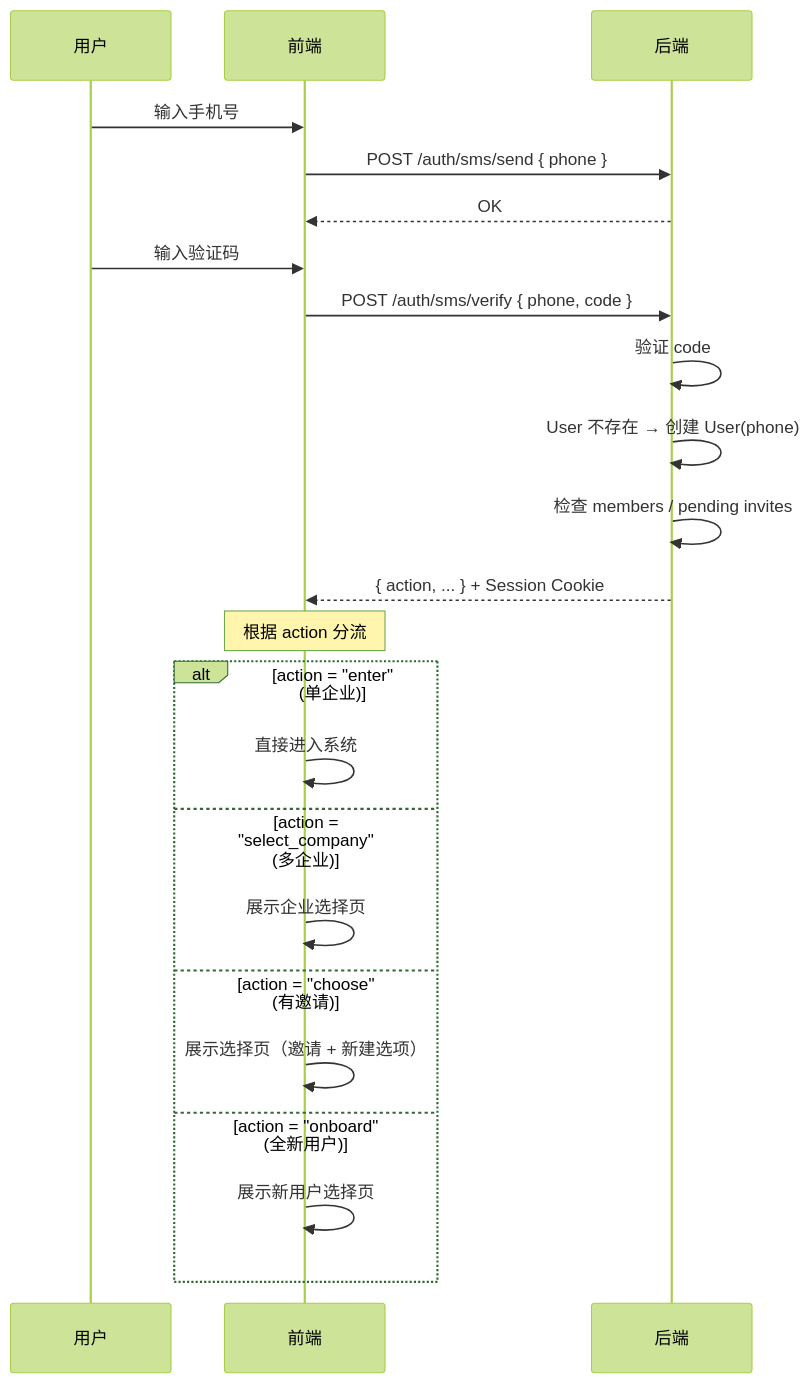
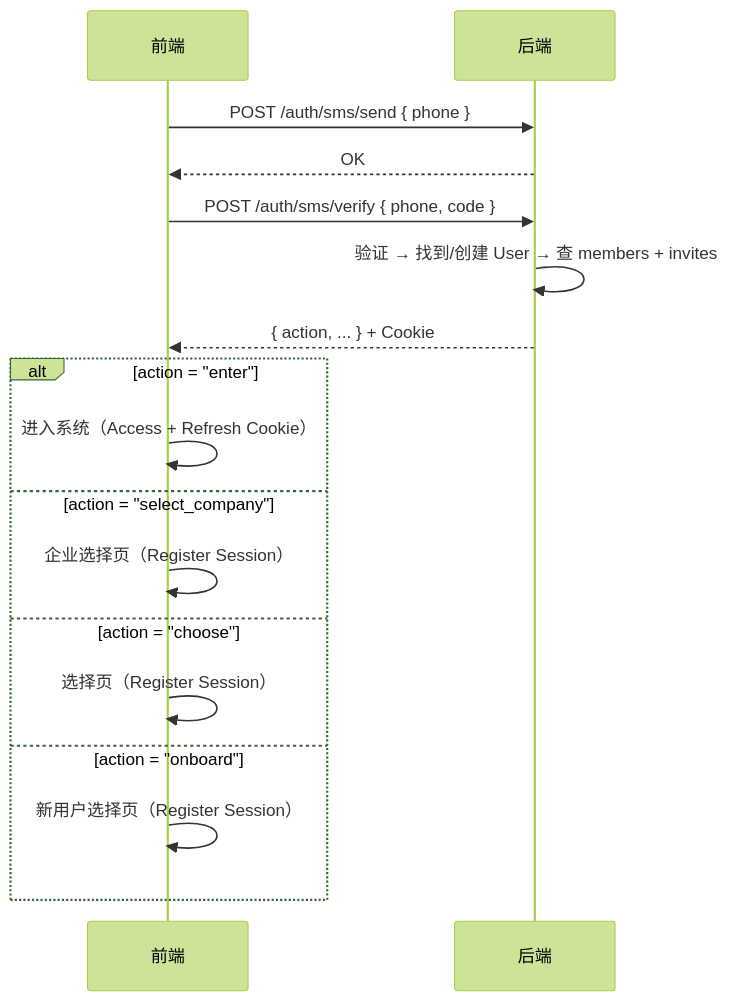
One commit to quyip8818/mytokenjoy changed the second of 2 diagrams in docs/saas/登录注册方案设计.md. Above: the diagram before and after it, drawn with Mermaid (forest theme). The commit also changed other lines of this file and 5 other files, not shown here.

````diff
--- a/docs/saas/登录注册方案设计.md
+++ b/docs/saas/登录注册方案设计.md
@@ -117,28 +99,22 @@
 ```mermaid
 sequenceDiagram
-    participant U as 用户
     participant F as 前端
     participant B as 后端
 
-    U->>F: 输入手机号
     F->>B: POST /auth/sms/send { phone }
     B-->>F: OK
 
-    U->>F: 输入验证码
     F->>B: POST /auth/sms/verify { phone, code }
-    B->>B: 验证 code
-    B->>B: User 不存在 → 创建 User(phone)
-    B->>B: 检查 members / pending invites
-    B-->>F: { action, ... } + Session Cookie
+    B->>B: 验证 → 找到/创建 User → 查 members + invites
+    B-->>F: { action, ... } + Cookie
 
-    Note over F: 根据 action 分流
-    alt action = "enter" (单企业)
-        F->>F: 直接进入系统
-    else action = "select_company" (多企业)
-        F->>F: 展示企业选择页
-    else action = "choose" (有邀请)
-        F->>F: 展示选择页（邀请 + 新建选项）
-    else action = "onboard" (全新用户)
-        F->>F: 展示新用户选择页
+    alt action = "enter"
+        F->>F: 进入系统（Access + Refresh Cookie）
+    else action = "select_company"
+        F->>F: 企业选择页（Register Session）
+    else action = "choose"
+        F->>F: 选择页（Register Session）
+    else action = "onboard"
+        F->>F: 新用户选择页（Register Session）
     end
 ```
````
